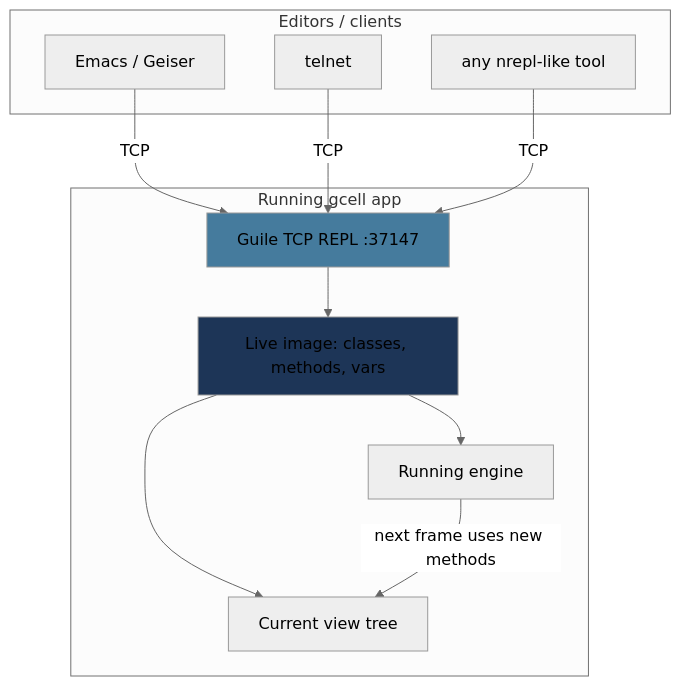
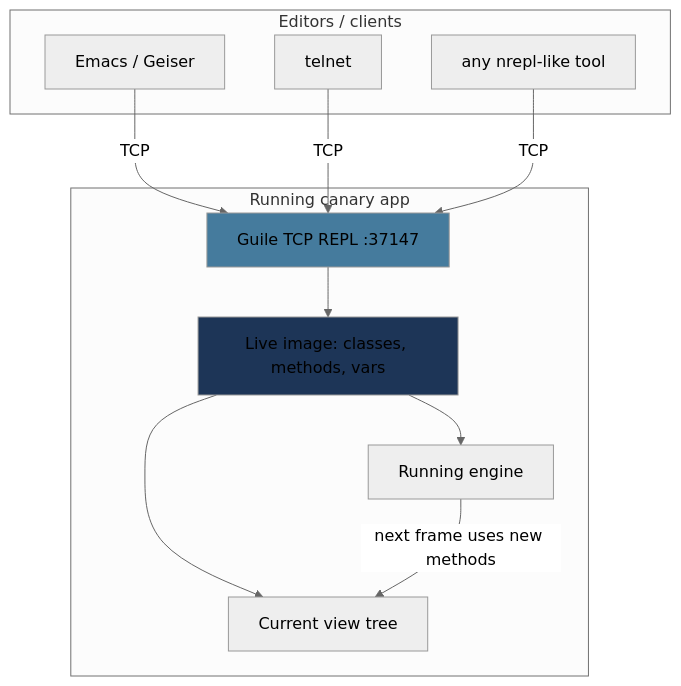
One commit to bretfh/canary changed the seventh of 7 diagrams in architecture.org. Above: the diagram before and after it, drawn with Mermaid (neutral theme). The commit also changed other lines of this file and 143 other files, not shown here.

```diff
--- a/architecture.org
+++ b/architecture.org
@@ -684,27 +684,27 @@
 #+begin_src mermaid
 graph TB
     subgraph "Editors / clients"
         E1[Emacs / Geiser]
         E2[telnet]
         E3[any nrepl-like tool]
     end
 
-    subgraph "Running gcell app"
+    subgraph "Running canary app"
         REPL["Guile TCP REPL :37147"]
         IMG[Live image: classes, methods, vars]
         ENG[Running engine]
         TREE[Current view tree]
     end
 
     E1 -->|TCP| REPL
     E2 -->|TCP| REPL
     E3 -->|TCP| REPL
 
     REPL --> IMG
     IMG --> ENG
     IMG --> TREE
     ENG -->|next frame uses new methods| TREE
 
     style REPL fill:#457b9d
     style IMG fill:#1d3557
 #+end_src
```
